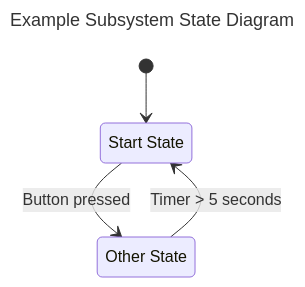
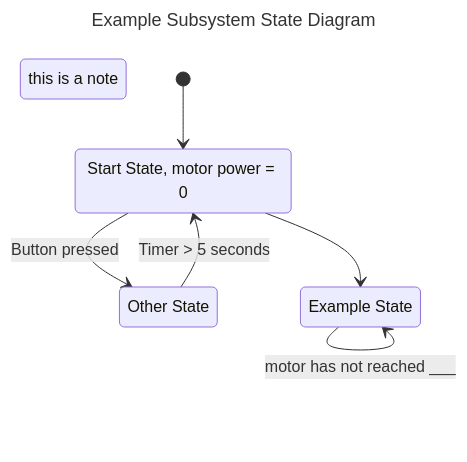
The diagram in doc/ExampleFSM.md (Tino-FRC-2473/FRC2026), drawn with Mermaid before and after one commit. The commit also changed 6 other files, not shown here.

````diff
--- a/doc/ExampleFSM.md
+++ b/doc/ExampleFSM.md
@@ -3,12 +3,17 @@
 ```mermaid
 ---
 title: Example Subsystem State Diagram
 ---
 stateDiagram-v2
-  state "Start State" as START_STATE
+  state "Start State, motor power = 0" as START_STATE
   state "Other State" as OTHER_STATE
+  state "Example State" as E
+
+  note: this is a note
 
   [*] --> START_STATE
   START_STATE --> OTHER_STATE: Button pressed
+  START_STATE --> E
+  E --> E: motor has not reached ___
   OTHER_STATE --> START_STATE: Timer > 5 seconds
 ```
````
